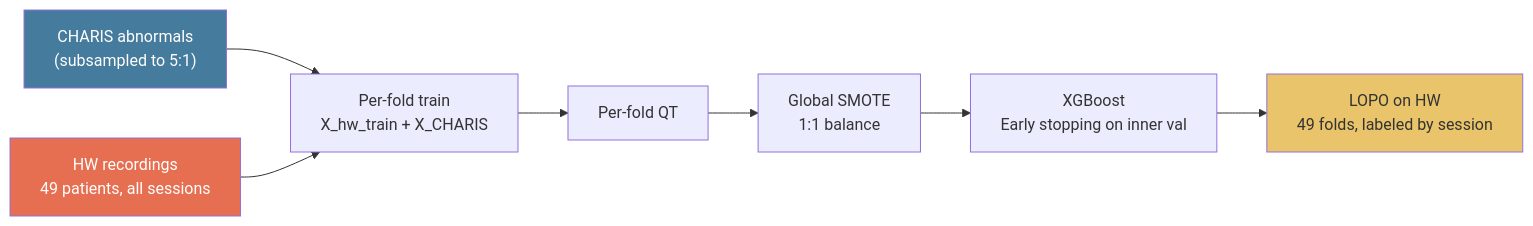
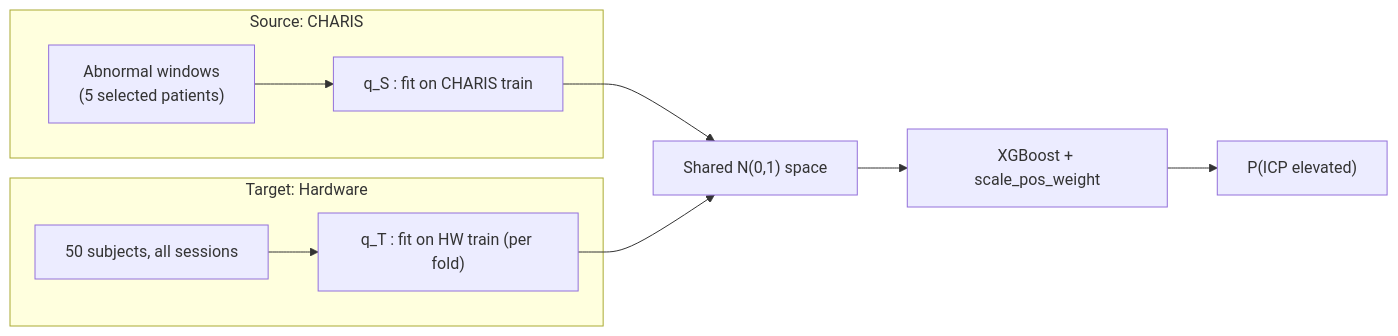
One commit to eshaansingla/Pran changed the seventh of 9 diagrams in README.md. Above: the diagram before and after it, drawn with Mermaid. The commit also changed other lines of this file and 9 other files, not shown here.

````diff
--- a/README.md
+++ b/README.md
@@ -170,13 +428,13 @@
 ```mermaid
-graph LR
-    C["CHARIS abnormals\n(subsampled to 5:1)"] --> TR["Per-fold train\nX_hw_train + X_CHARIS"]
-    H["HW recordings\n49 patients, all sessions"] --> TR
-    TR --> QT2["Per-fold QT"]
-    QT2 --> SMOTE2["Global SMOTE\n1:1 balance"]
-    SMOTE2 --> XGB2["XGBoost\nEarly stopping on inner val"]
-    XGB2 --> LOPO2["LOPO on HW\n49 folds, labeled by session"]
-
-    style C fill:#457b9d,color:#fff
-    style H fill:#e76f51,color:#fff
-    style LOPO2 fill:#e9c46a,color:#333
+flowchart LR
+    subgraph S["Source: CHARIS"]
+        CS["Abnormal windows<br/>(5 selected patients)"] --> QS["q_S : fit on CHARIS train"]
+    end
+    subgraph T["Target: Hardware"]
+        HT["50 subjects, all sessions"] --> QT["q_T : fit on HW train (per fold)"]
+    end
+    QS --> M["Shared N(0,1) space"]
+    QT --> M
+    M --> XGB["XGBoost + scale_pos_weight"]
+    XGB --> OUT["P(ICP elevated)"]
 ```
````
